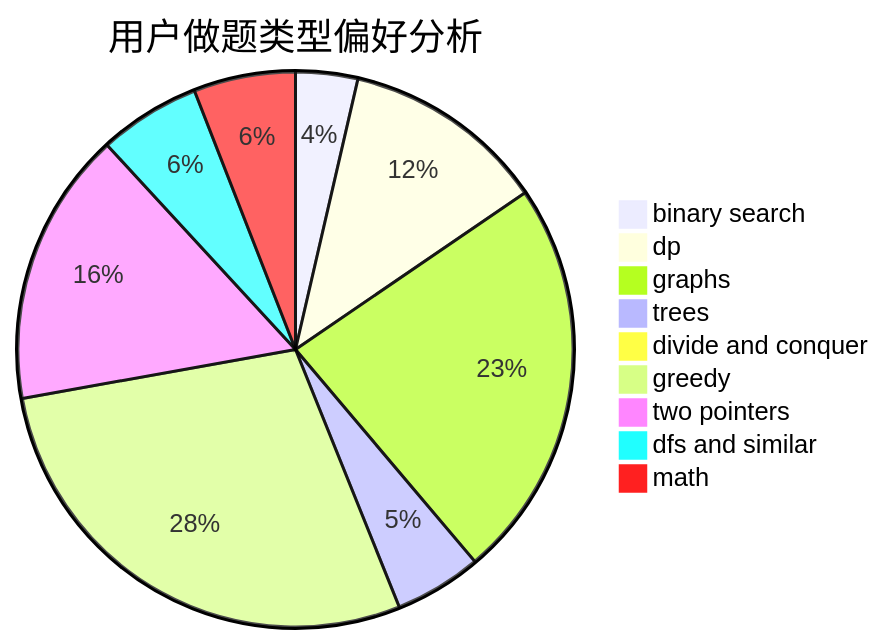
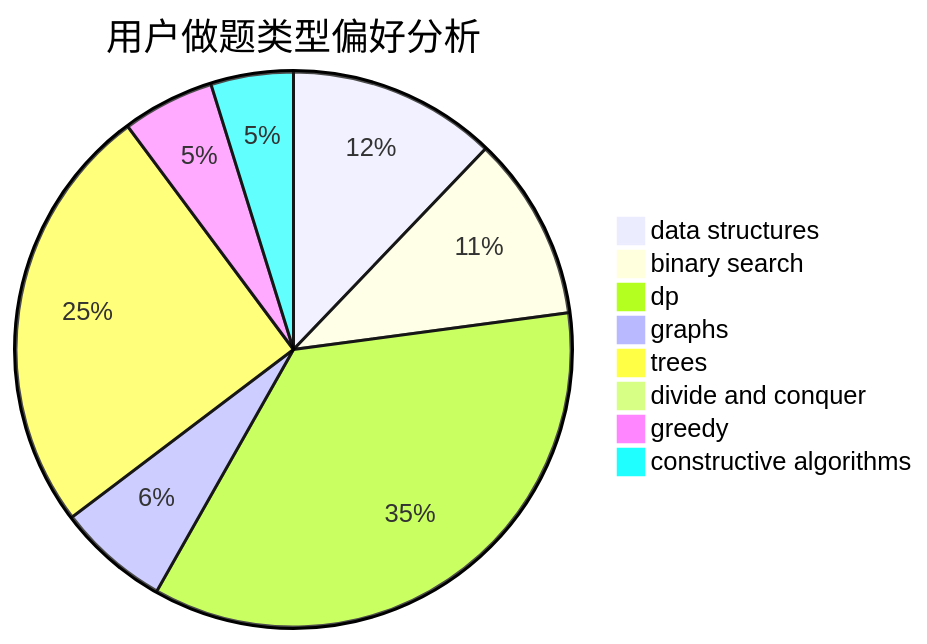
The second of 3 diagrams in docs/user/u1696.md (sherpahu/cfrs.github.io), drawn with Mermaid before and after one commit. The commit also changed other lines of this file and 2775 other files, not shown here.

````diff
--- a/docs/user/u1696.md
+++ b/docs/user/u1696.md
@@ -23,12 +23,11 @@
 ```mermaid
 pie title 用户做题类型偏好分析
-    "binary search" :  64
-    "dp" :  210
-    "graphs" :  414
-    "trees" :  90
-    "divide and conquer" :  1
-    "greedy" :  501
-    "two pointers" :  283
-    "dfs and similar" :  105
-    "math" :  105
+    "data structures" :  43
+    "binary search" :  38
+    "dp" :  125
+    "graphs" :  23
+    "trees" :  89
+    "divide and conquer" :  0
+    "greedy" :  19
+    "constructive algorithms" :  17
 ```
````
